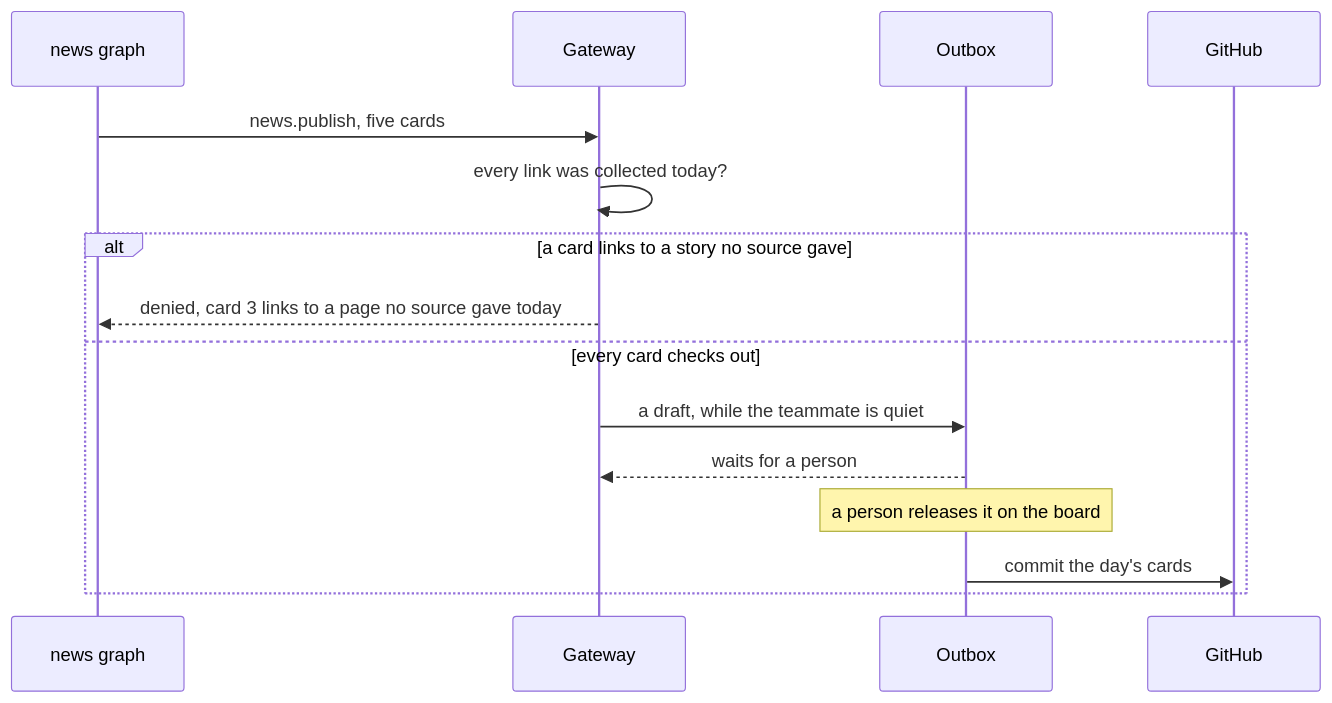
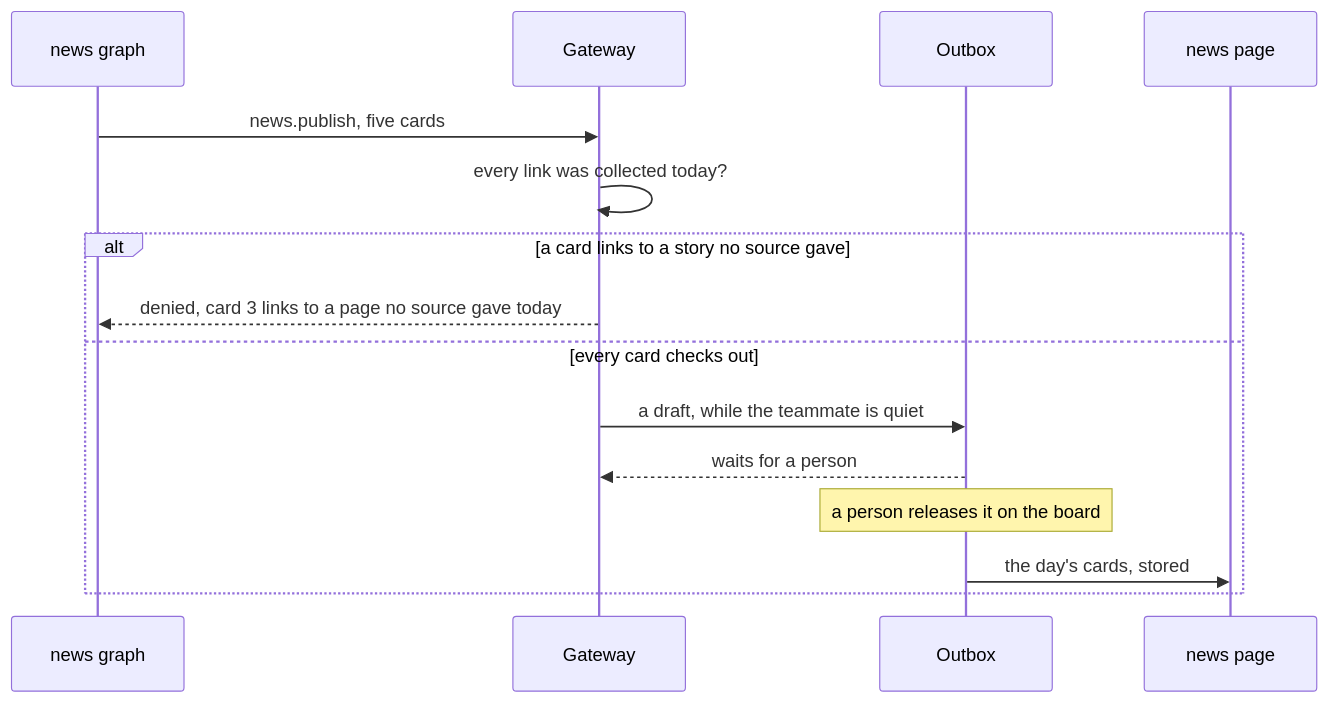
One commit to learnwithparam/agentic-ai-teammates changed the diagram in docs/learner/09-publish-the-morning-news.md. Above: the diagram before and after it, drawn with Mermaid. The commit also changed other lines of this file and 23 other files, not shown here.

First line of the commit message:
News goes on Mission Control's own page; GitHub is an option

````diff
--- a/docs/learner/09-publish-the-morning-news.md
+++ b/docs/learner/09-publish-the-morning-news.md
@@ -36,17 +38,17 @@
 ```mermaid
 sequenceDiagram
   participant Graph as news graph
   participant Gateway
   participant Outbox
-  participant GitHub
+  participant Page as news page
   Graph->>Gateway: news.publish, five cards
   Gateway->>Gateway: every link was collected today?
   alt a card links to a story no source gave
     Gateway-->>Graph: denied, card 3 links to a page no source gave today
   else every card checks out
     Gateway->>Outbox: a draft, while the teammate is quiet
     Outbox-->>Gateway: waits for a person
     Note over Outbox: a person releases it on the board
-    Outbox->>GitHub: commit the day's cards
+    Outbox->>Page: the day's cards, stored
   end
 ```
````
